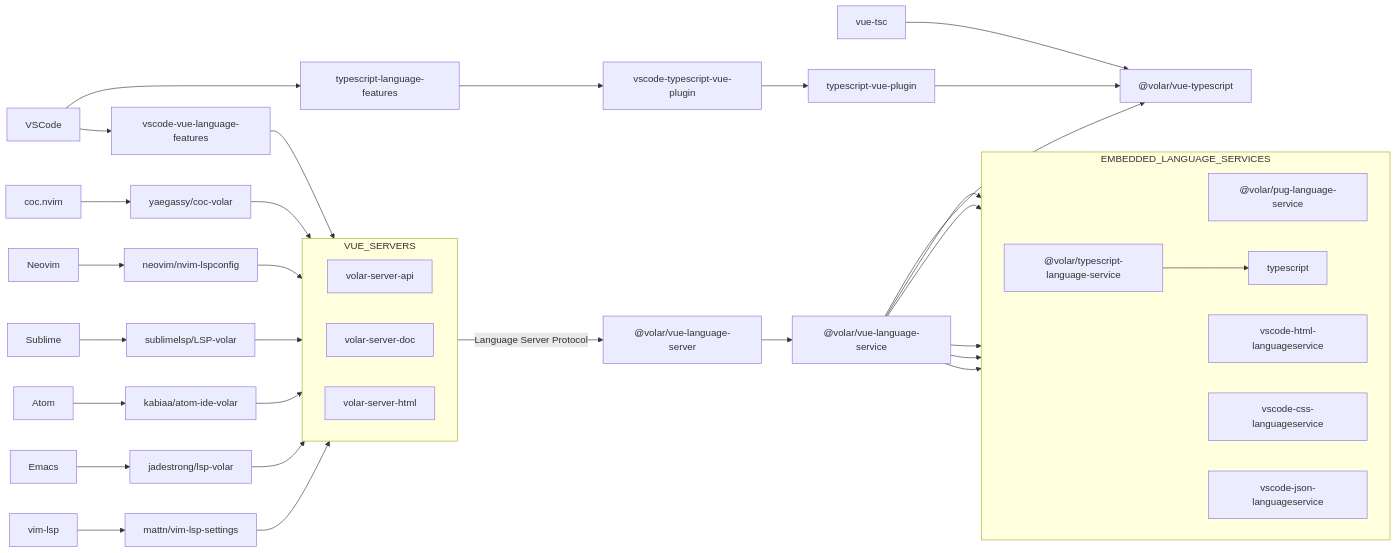
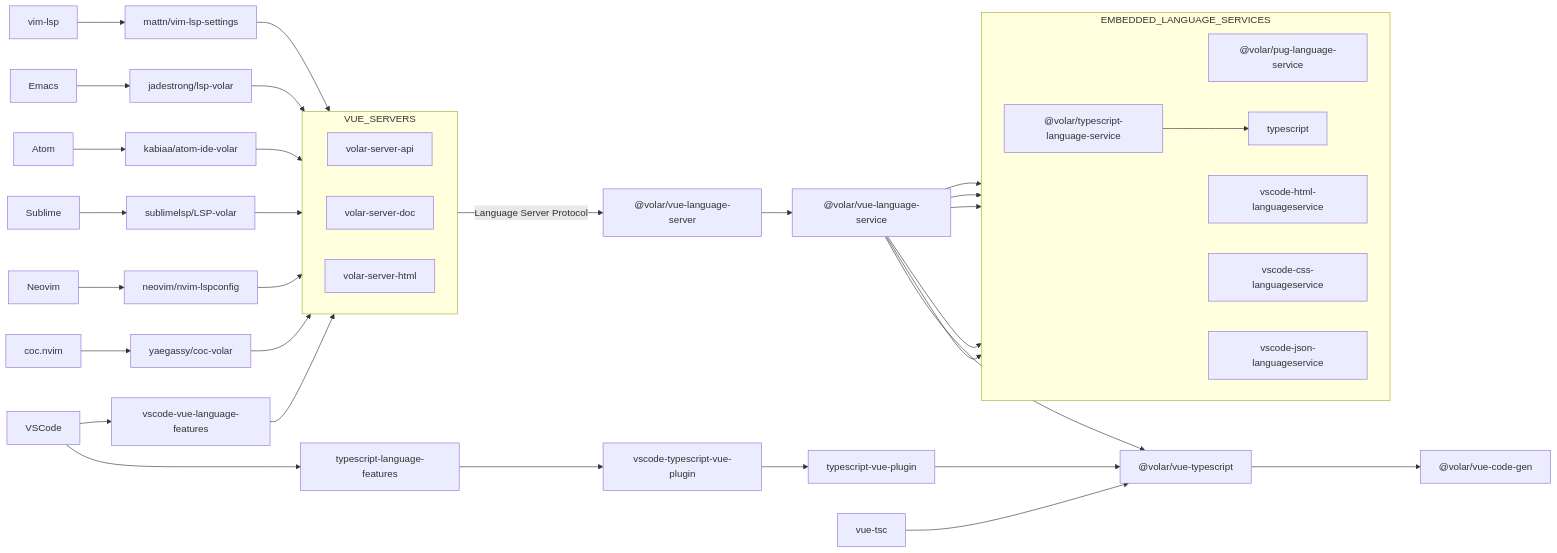
The diagram in README.md (vuejs/language-tools), drawn with Mermaid before and after one commit.

Commit message:
doc: add `@volar/vue-code-gen` node

````diff
--- a/README.md
+++ b/README.md
@@ -69,6 +69,7 @@
     %% Volar - Packages
     VUE_SERVER["@volar/vue-language-server"]
     VTS["@volar/vue-typescript"]
+    VUE_CG["@volar/vue-code-gen"]
     VUE_SERVICE["@volar/vue-language-service"]
     PUG_SERVICE["@volar/pug-language-service"]
     TS_SERVICE["@volar/typescript-language-service"]
@@ -128,4 +129,6 @@
     VUE_SERVICE --> HTML_SERVICE
     VUE_SERVICE --> CSS_SERVICE
     VUE_SERVICE --> JSON_SERVICE
+
+    VTS --> VUE_CG
 ```
````
